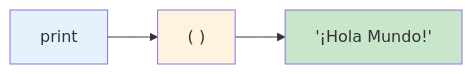
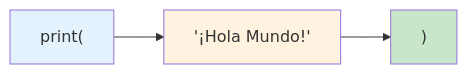
Before and after one commit to INGCOM-UNRN/apunte-ingreso: the third of 7 diagrams in 1_fundamentos.md, drawn with Mermaid. The commit also changed other lines of this file and 9 other files, not shown here.

````diff
--- a/1_fundamentos.md
+++ b/1_fundamentos.md
@@ -136,9 +136,9 @@
 ```{mermaid}
 graph LR
-    A[print] --> B["( )"]
-    B --> C["'¡Hola Mundo!'"]
+    A["print("] --> B["'¡Hola Mundo!'"]
+    B --> C[")"]
     
     style A fill:#e3f2fd
     style B fill:#fff3e0
     style C fill:#c8e6c9
 ```
````
